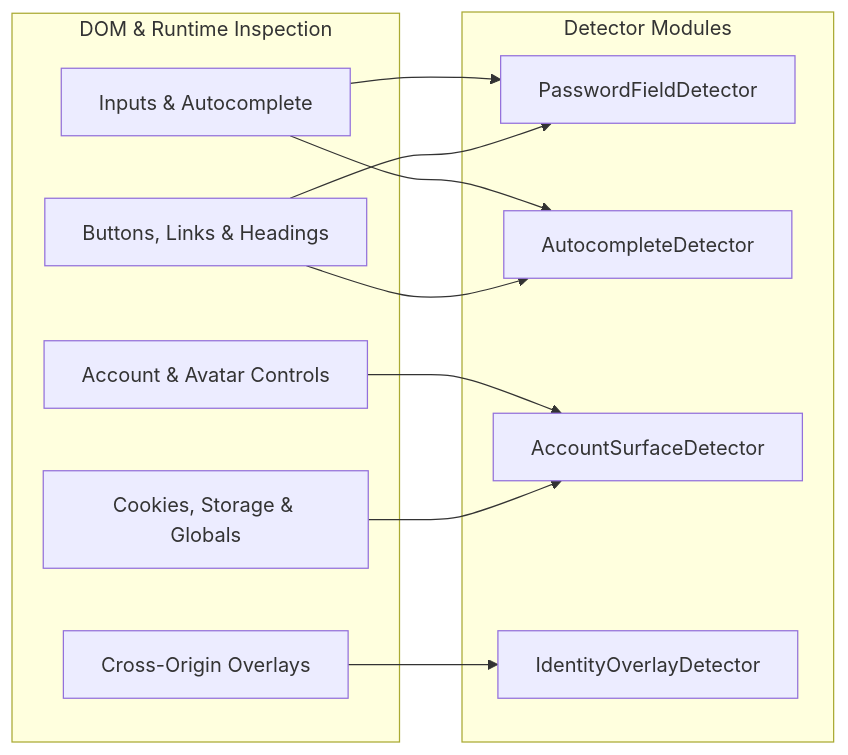
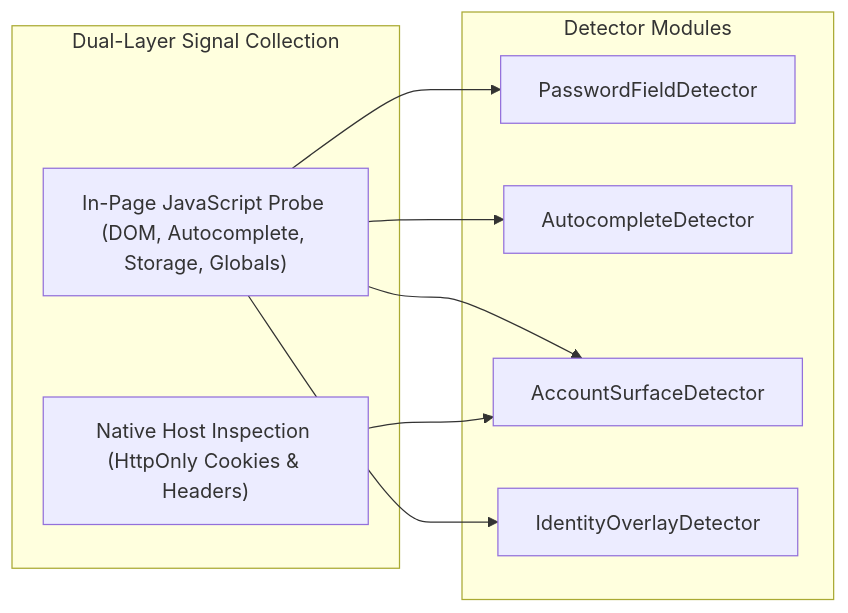
Before and after one commit to joelaniol/nova: the second of 8 diagrams in docs/core-features/auth-surface-detection-asd/README.md, drawn with Mermaid. The commit also changed other lines of this file, not shown here.

Commit message:
docs(asd): expand architectural depth with host cookies, crawl policy, and native dialogs

````diff
--- a/docs/core-features/auth-surface-detection-asd/README.md
+++ b/docs/core-features/auth-surface-detection-asd/README.md
@@ -61,22 +66,17 @@
 ```mermaid
 flowchart LR
-    subgraph Probe [DOM & Runtime Inspection]
-        P1["Inputs & Autocomplete"]
-        P2["Buttons, Links & Headings"]
-        P3["Account & Avatar Controls"]
-        P4["Cookies, Storage & Globals"]
-        P5["Cross-Origin Overlays"]
+    subgraph ProbingLayer [Dual-Layer Signal Collection]
+        DOM["In-Page JavaScript Probe (DOM, Autocomplete, Storage, Globals)"]
+        HostJar["Native Host Inspection (HttpOnly Cookies & Headers)"]
     end
 
     subgraph Detectors [Detector Modules]
         D1["PasswordFieldDetector"]
         D2["AutocompleteDetector"]
         D3["AccountSurfaceDetector"]
         D4["IdentityOverlayDetector"]
     end
 
-    P1 & P2 --> D1 & D2
-    P3 --> D3
-    P4 --> D3
-    P5 --> D4
+    DOM --> D1 & D2 & D3 & D4
+    HostJar --> D3
 ```
````
